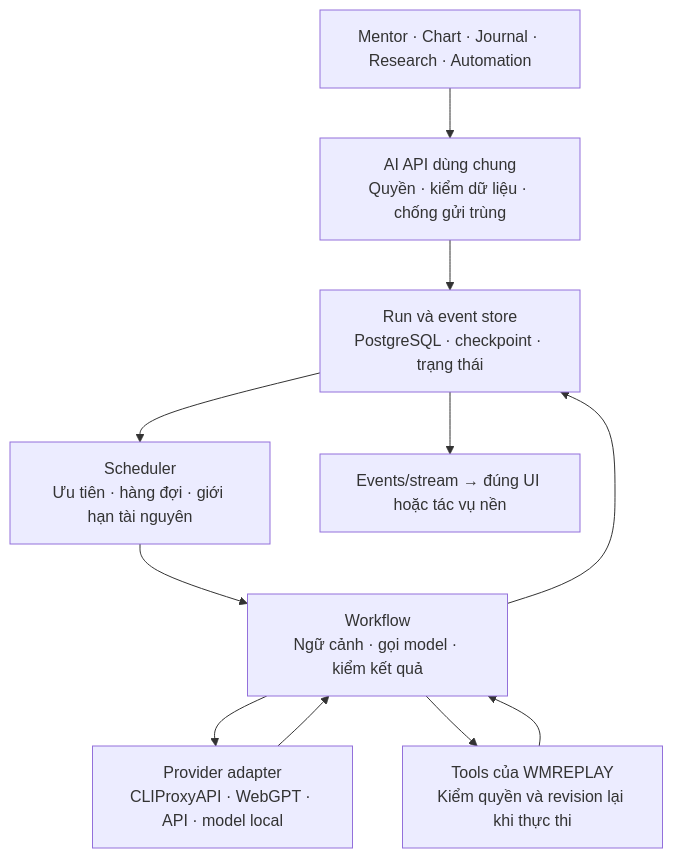
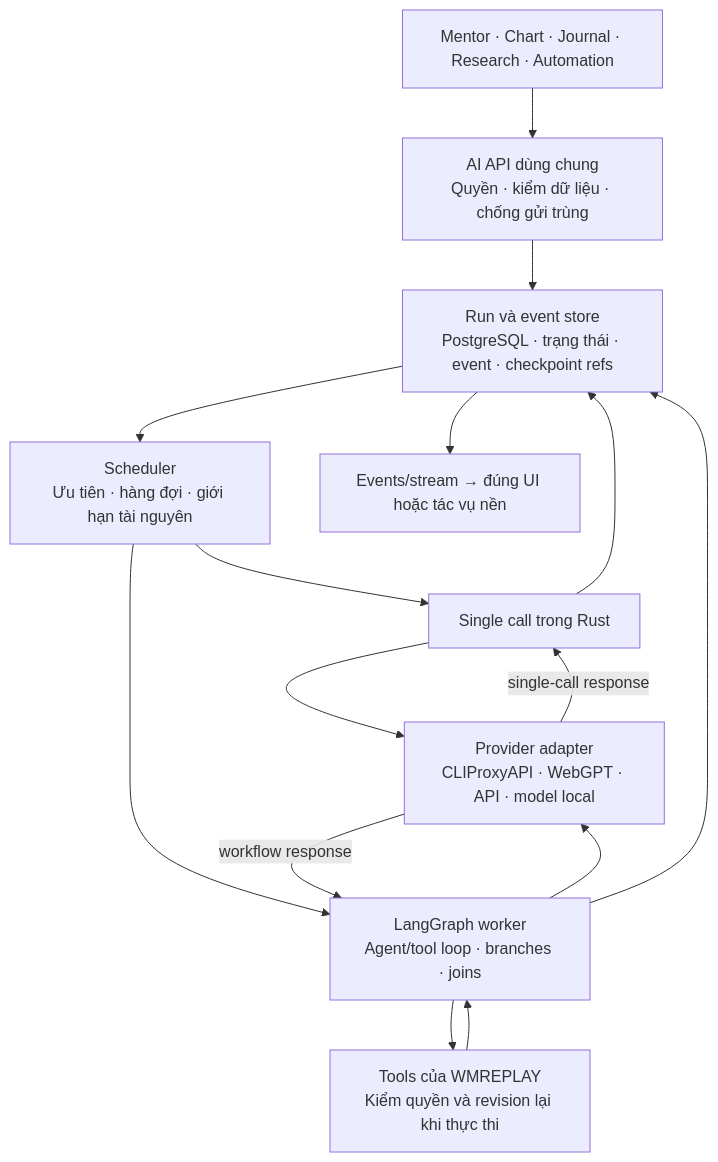
One commit to Naqex/trader changed the diagram in foundation_v2/docs/AI-PLATFORM-ARCHITECTURE.md. Above: the diagram before and after it, drawn with Mermaid. The commit also changed other lines of this file, not shown here.

Commit message:
docs(ai): align worker ownership with workspace review

````diff
--- a/foundation_v2/docs/AI-PLATFORM-ARCHITECTURE.md
+++ b/foundation_v2/docs/AI-PLATFORM-ARCHITECTURE.md
@@ -28,13 +35,17 @@
 ```mermaid
 flowchart TD
   F["Mentor · Chart · Journal · Research · Automation"] --> A["AI API dùng chung\nQuyền · kiểm dữ liệu · chống gửi trùng"]
-  A --> R["Run và event store\nPostgreSQL · checkpoint · trạng thái"]
+  A --> R["Run và event store\nPostgreSQL · trạng thái · event · checkpoint refs"]
   R --> S["Scheduler\nƯu tiên · hàng đợi · giới hạn tài nguyên"]
-  S --> W["Workflow\nNgữ cảnh · gọi model · kiểm kết quả"]
+  S --> C["Single call trong Rust"]
+  S --> W["LangGraph worker\nAgent/tool loop · branches · joins"]
+  C --> P
   W --> P["Provider adapter\nCLIProxyAPI · WebGPT · API · model local"]
-  P --> W
+  P -- workflow response --> W
+  P -- single-call response --> C
+  C --> R
   W --> T["Tools của WMREPLAY\nKiểm quyền và revision lại khi thực thi"]
   T --> W
   W --> R
   R --> E["Events/stream → đúng UI hoặc tác vụ nền"]
 ```
````
